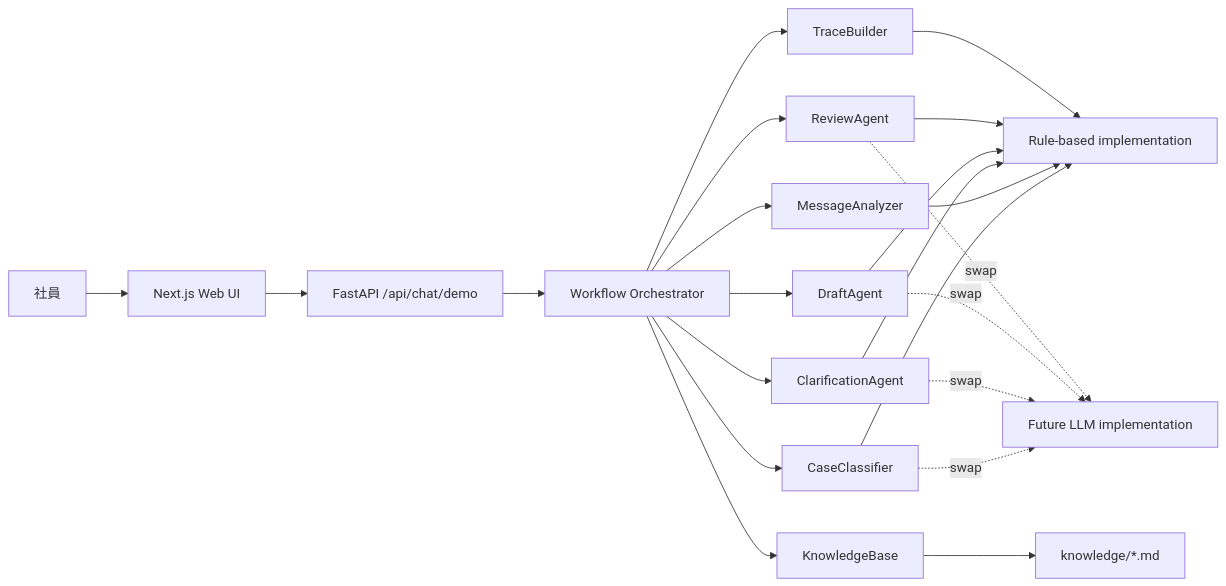
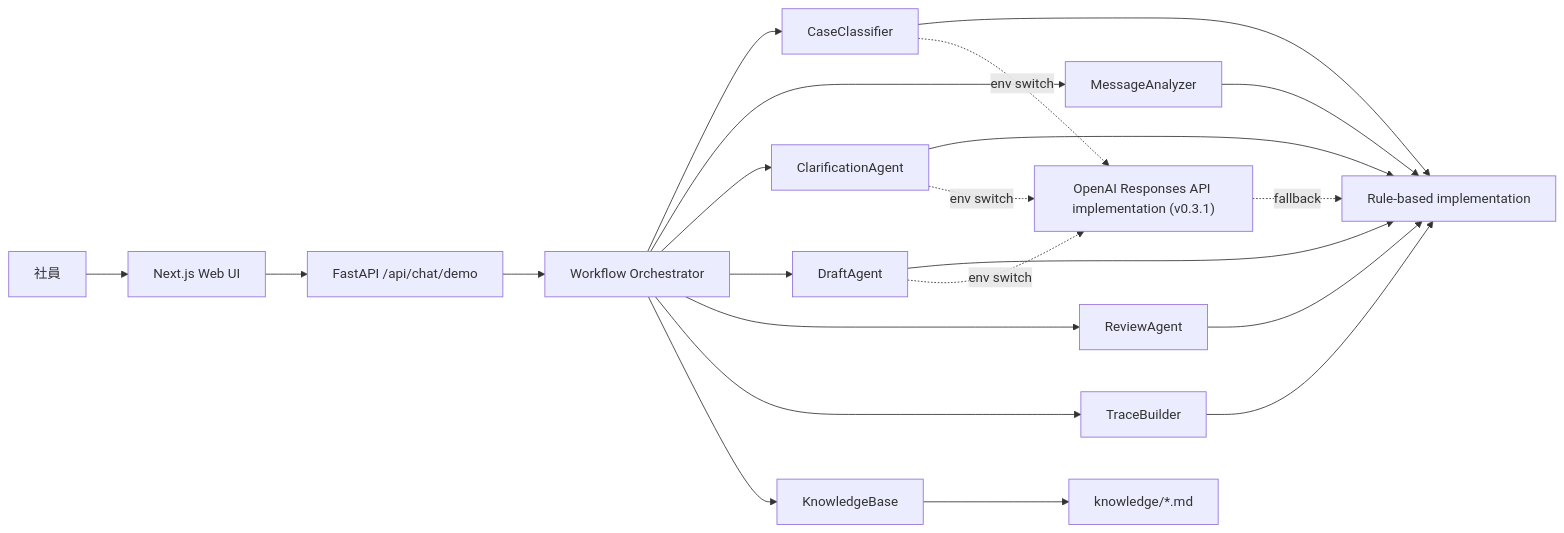
The diagram in docs/architecture.md (noki8188/shinsei-agent-navigator), drawn with Mermaid before and after one commit. The commit also changed other lines of this file and 21 other files, not shown here.

````diff
--- a/docs/architecture.md
+++ b/docs/architecture.md
@@ -10,24 +10,24 @@
 ```mermaid
 flowchart LR
     U["社員"] --> F["Next.js Web UI"]
     F --> API["FastAPI /api/chat/demo"]
     API --> O["Workflow Orchestrator"]
     O --> CC["CaseClassifier"]
     O --> MA["MessageAnalyzer"]
     O --> CA["ClarificationAgent"]
     O --> DA["DraftAgent"]
     O --> RA["ReviewAgent"]
     O --> TB["TraceBuilder"]
     O --> KB["KnowledgeBase"]
     KB --> K["knowledge/*.md"]
     CC --> R1["Rule-based implementation"]
     MA --> R1
     CA --> R1
     DA --> R1
     RA --> R1
     TB --> R1
-    CC -. swap .-> L1["Future LLM implementation"]
-    CA -. swap .-> L1
-    DA -. swap .-> L1
-    RA -. swap .-> L1
+    CC -. env switch .-> L1["OpenAI Responses API implementation (v0.3.1)"]
+    CA -. env switch .-> L1
+    DA -. env switch .-> L1
+    L1 -. fallback .-> R1
 ```
````
